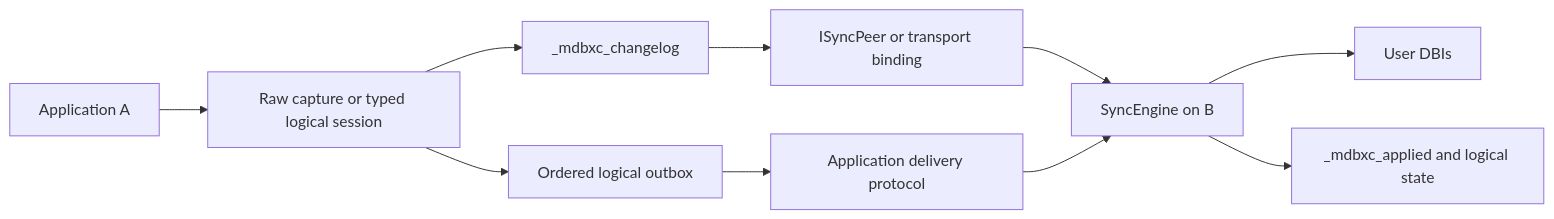
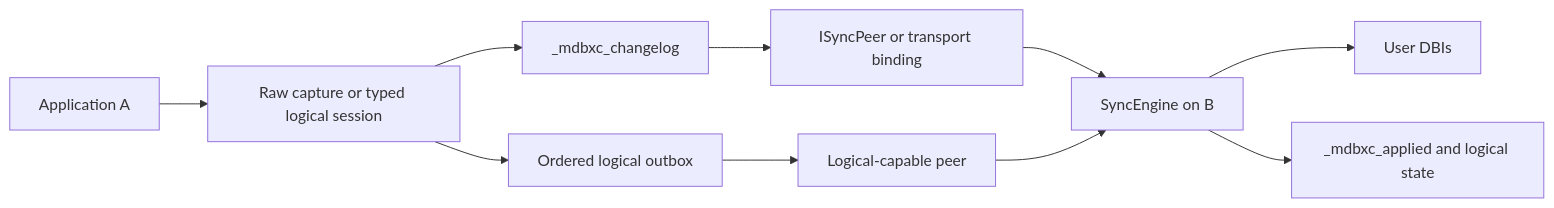
The first of 2 diagrams in docs/sync.md (LimiNode/mdbx-containers), drawn with Mermaid before and after one commit. The commit also changed other lines of this file and 19 other files, not shown here.

First line of the commit message:
feat(sync): deliver logical outbox through peers

````diff
--- a/docs/sync.md
+++ b/docs/sync.md
@@ -43,12 +45,12 @@
 ```mermaid
 flowchart LR
     AppA[Application A] --> Capture[Raw capture or typed logical session]
     Capture --> RawLog[_mdbxc_changelog]
     Capture --> Outbox[Ordered logical outbox]
     RawLog --> Peer[ISyncPeer or transport binding]
-    Outbox --> LogicalTransport[Application delivery protocol]
+    Outbox --> LogicalTransport[Logical-capable peer]
     Peer --> EngineB[SyncEngine on B]
     LogicalTransport --> EngineB
     EngineB --> UserDb[User DBIs]
     EngineB --> State[_mdbxc_applied and logical state]
 ```
````
